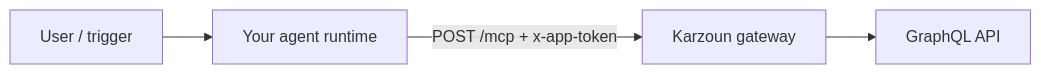
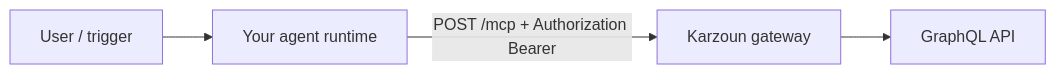
Before and after one commit to KarzounApps/docs: the diagram in ar/mcp-server/setup/ai-connectors.mdx, drawn with Mermaid. The commit also changed other lines of this file and 41 other files, not shown here.

````diff
--- a/ar/mcp-server/setup/ai-connectors.mdx
+++ b/ar/mcp-server/setup/ai-connectors.mdx
@@ -210,6 +148,6 @@
 ```mermaid
 flowchart LR
   User[User / trigger] --> Agent[Your agent runtime]
-  Agent -->|POST /mcp + x-app-token| Karzoun[Karzoun gateway]
+  Agent -->|POST /mcp + Authorization Bearer| Karzoun[Karzoun gateway]
   Karzoun --> GQL[GraphQL API]
 ```
````
